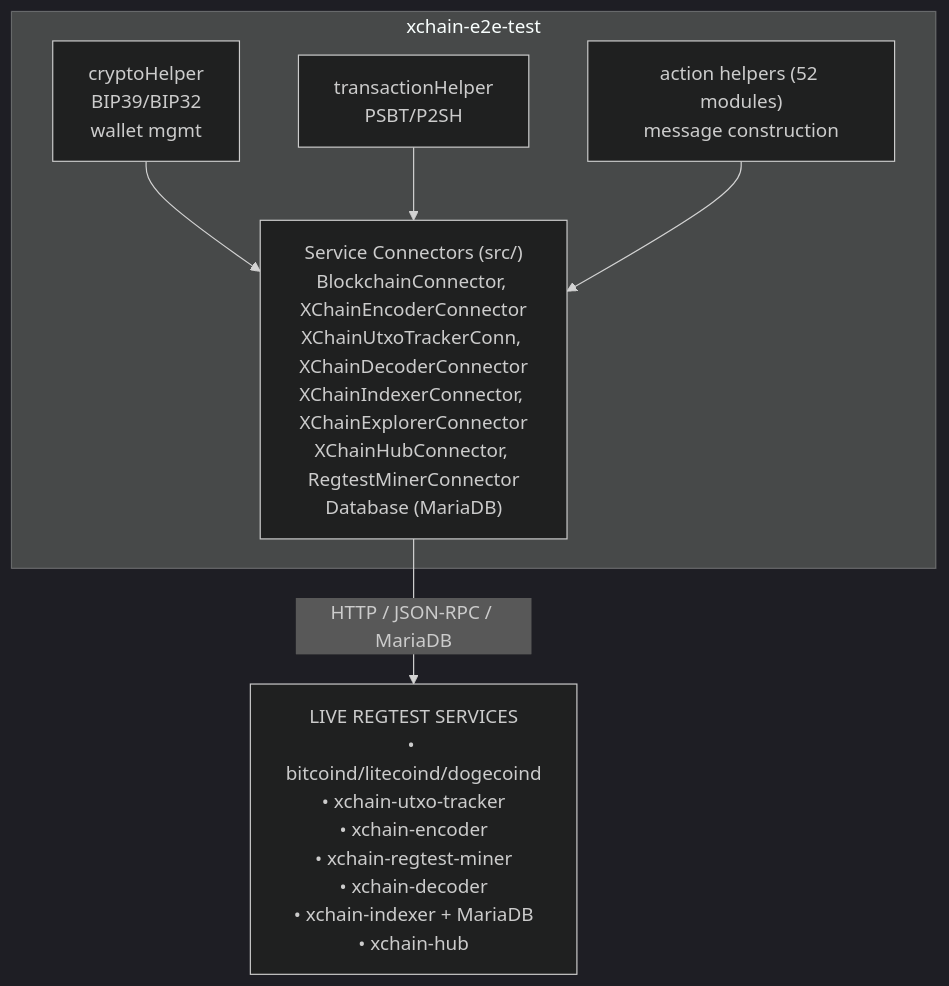
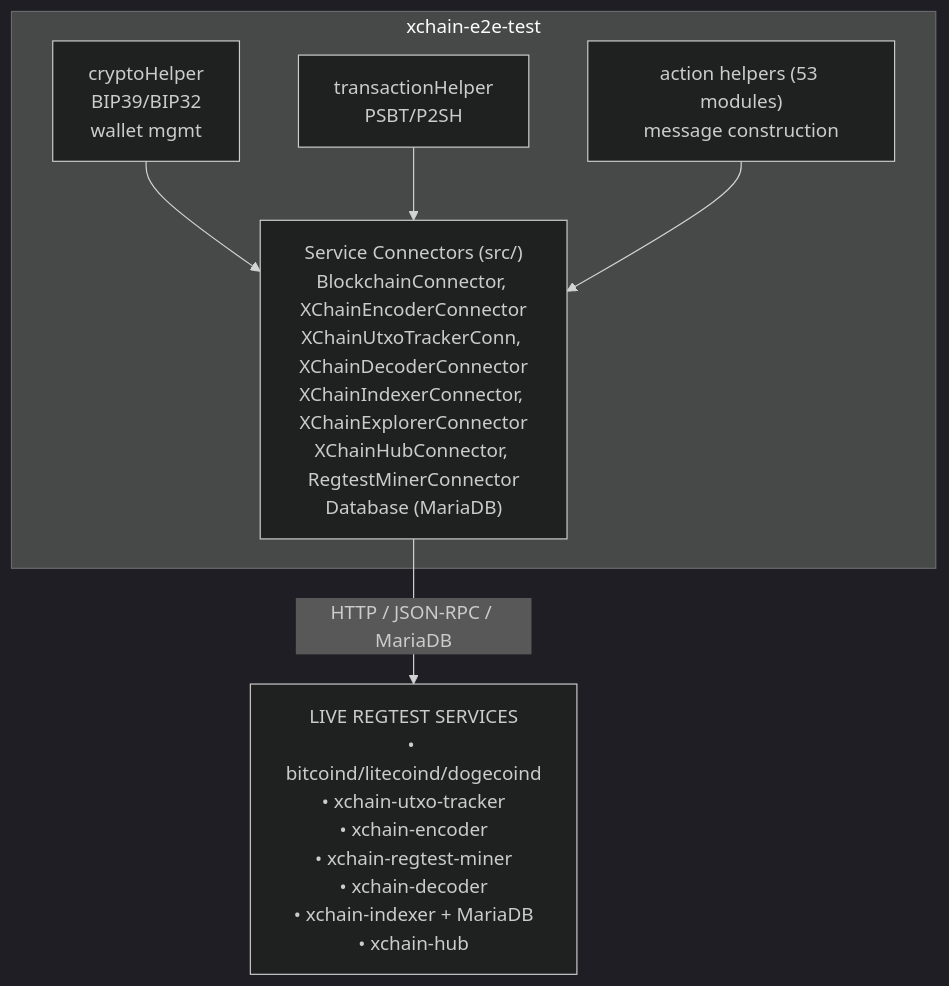
Before and after one commit to XChain-Platform/xchain-documentation: the second of 2 diagrams in components/e2e-test/README.md, drawn with Mermaid (dark theme). The commit also changed 1 other file, not shown here.

Commit message:
docs(e2e): the helper layer gained a module
The e2e action suites gained a helper that decides whether a case depending on
the legacy on-chain ATTEST response path can run at all, so the published counts
move from 52 to 53. Both figures are asserted against the tree by the action
suite-count guard, which is what caught the drift.

````diff
--- a/components/e2e-test/README.md
+++ b/components/e2e-test/README.md
@@ -65,14 +65,14 @@
 ```mermaid
 flowchart TD
     subgraph E2E["xchain-e2e-test"]
         CH["cryptoHelper<br>BIP39/BIP32<br>wallet mgmt"]
         TH["transactionHelper<br>PSBT/P2SH"]
-        AH["action helpers (52 modules)<br>message construction"]
+        AH["action helpers (53 modules)<br>message construction"]
         SC["Service Connectors (src/)<br>BlockchainConnector, XChainEncoderConnector<br>XChainUtxoTrackerConn, XChainDecoderConnector<br>XChainIndexerConnector, XChainExplorerConnector<br>XChainHubConnector, RegtestMinerConnector<br>Database (MariaDB)"]
         CH --> SC
         TH --> SC
         AH --> SC
     end
     SVC["LIVE REGTEST SERVICES<br>• bitcoind/litecoind/dogecoind<br>• xchain-utxo-tracker<br>• xchain-encoder<br>• xchain-regtest-miner<br>• xchain-decoder<br>• xchain-indexer + MariaDB<br>• xchain-hub"]
     SC -->|HTTP / JSON-RPC / MariaDB| SVC
 ```
````
